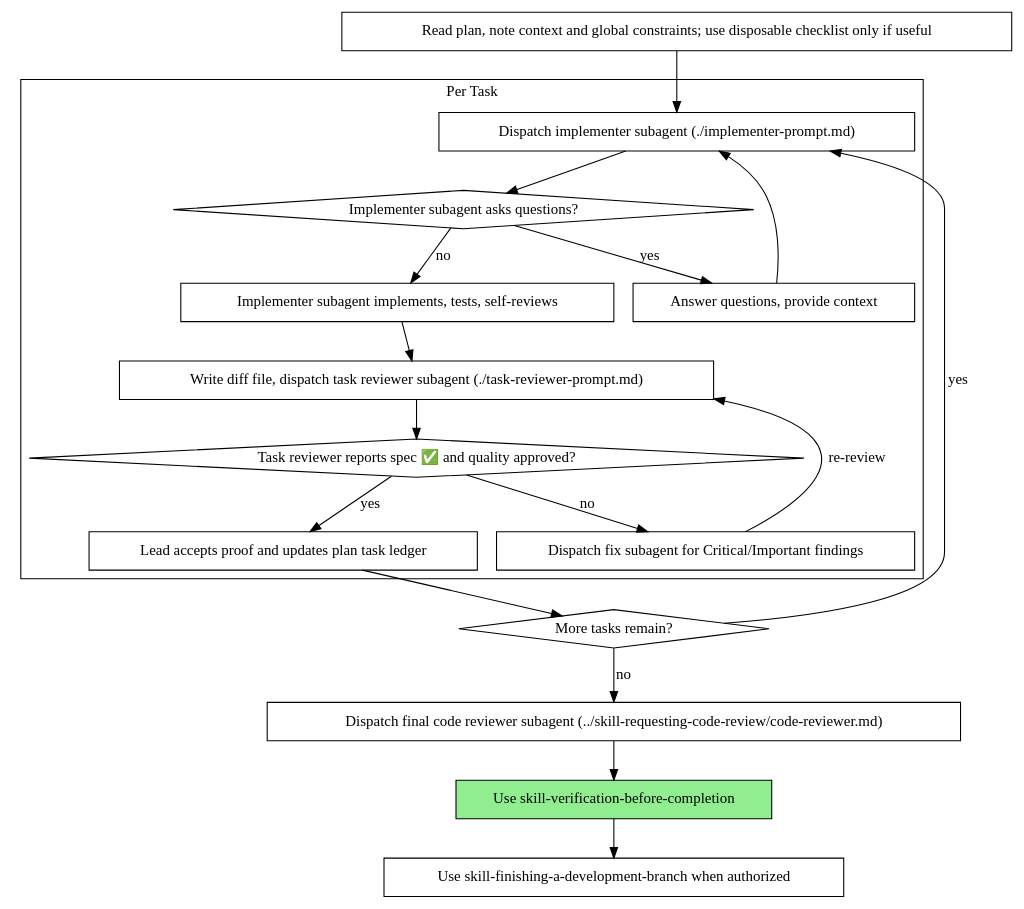
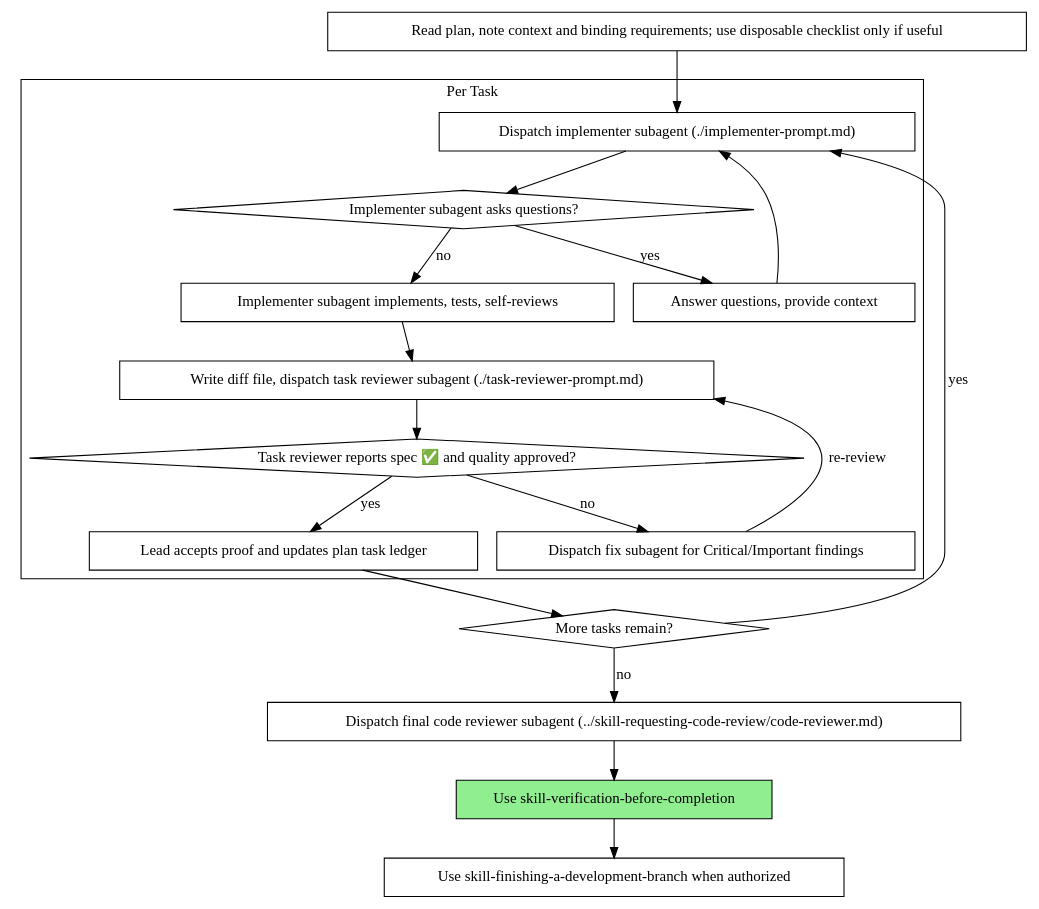
One commit to longdang193/fitcv changed the second of 2 diagrams in .agents/skills/skill-subagent-driven-development/SKILL.md. Above: the diagram before and after it, drawn with Graphviz. The commit also changed other lines of this file and 39 other files, not shown here.

````diff
--- a/.agents/skills/skill-subagent-driven-development/SKILL.md
+++ b/.agents/skills/skill-subagent-driven-development/SKILL.md
@@ -86,39 +86,39 @@
 ```dot
 digraph process {
     rankdir=TB;
 
     subgraph cluster_per_task {
         label="Per Task";
         "Dispatch implementer subagent (./implementer-prompt.md)" [shape=box];
         "Implementer subagent asks questions?" [shape=diamond];
         "Answer questions, provide context" [shape=box];
         "Implementer subagent implements, tests, self-reviews" [shape=box];
         "Write diff file, dispatch task reviewer subagent (./task-reviewer-prompt.md)" [shape=box];
         "Task reviewer reports spec ✅ and quality approved?" [shape=diamond];
         "Dispatch fix subagent for Critical/Important findings" [shape=box];
         "Lead accepts proof and updates plan task ledger" [shape=box];
     }
 
-    "Read plan, note context and global constraints; use disposable checklist only if useful" [shape=box];
+    "Read plan, note context and binding requirements; use disposable checklist only if useful" [shape=box];
     "More tasks remain?" [shape=diamond];
     "Dispatch final code reviewer subagent (../skill-requesting-code-review/code-reviewer.md)" [shape=box];
     "Use skill-verification-before-completion" [shape=box style=filled fillcolor=lightgreen];
     "Use skill-finishing-a-development-branch when authorized" [shape=box];
 
-    "Read plan, note context and global constraints; use disposable checklist only if useful" -> "Dispatch implementer subagent (./implementer-prompt.md)";
+    "Read plan, note context and binding requirements; use disposable checklist only if useful" -> "Dispatch implementer subagent (./implementer-prompt.md)";
     "Dispatch implementer subagent (./implementer-prompt.md)" -> "Implementer subagent asks questions?";
     "Implementer subagent asks questions?" -> "Answer questions, provide context" [label="yes"];
     "Answer questions, provide context" -> "Dispatch implementer subagent (./implementer-prompt.md)";
     "Implementer subagent asks questions?" -> "Implementer subagent implements, tests, self-reviews" [label="no"];
     "Implementer subagent implements, tests, self-reviews" -> "Write diff file, dispatch task reviewer subagent (./task-reviewer-prompt.md)";
     "Write diff file, dispatch task reviewer subagent (./task-reviewer-prompt.md)" -> "Task reviewer reports spec ✅ and quality approved?";
     "Task reviewer reports spec ✅ and quality approved?" -> "Dispatch fix subagent for Critical/Important findings" [label="no"];
     "Dispatch fix subagent for Critical/Important findings" -> "Write diff file, dispatch task reviewer subagent (./task-reviewer-prompt.md)" [label="re-review"];
     "Task reviewer reports spec ✅ and quality approved?" -> "Lead accepts proof and updates plan task ledger" [label="yes"];
     "Lead accepts proof and updates plan task ledger" -> "More tasks remain?";
     "More tasks remain?" -> "Dispatch implementer subagent (./implementer-prompt.md)" [label="yes"];
     "More tasks remain?" -> "Dispatch final code reviewer subagent (../skill-requesting-code-review/code-reviewer.md)" [label="no"];
     "Dispatch final code reviewer subagent (../skill-requesting-code-review/code-reviewer.md)" -> "Use skill-verification-before-completion";
     "Use skill-verification-before-completion" -> "Use skill-finishing-a-development-branch when authorized";
 }
 ```
````
